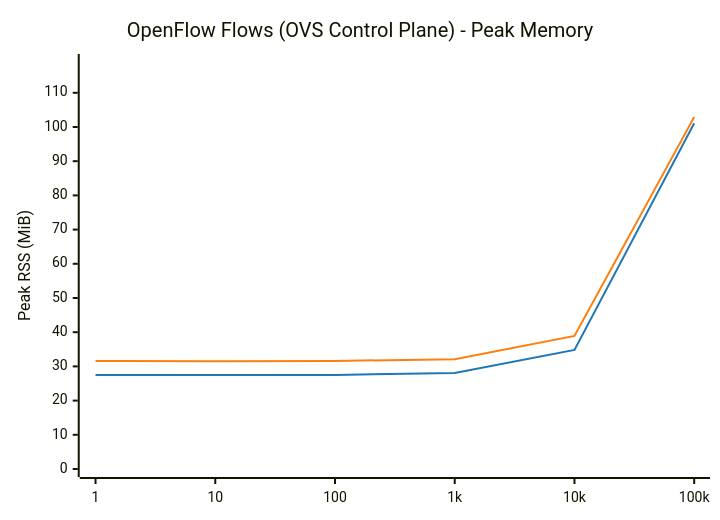
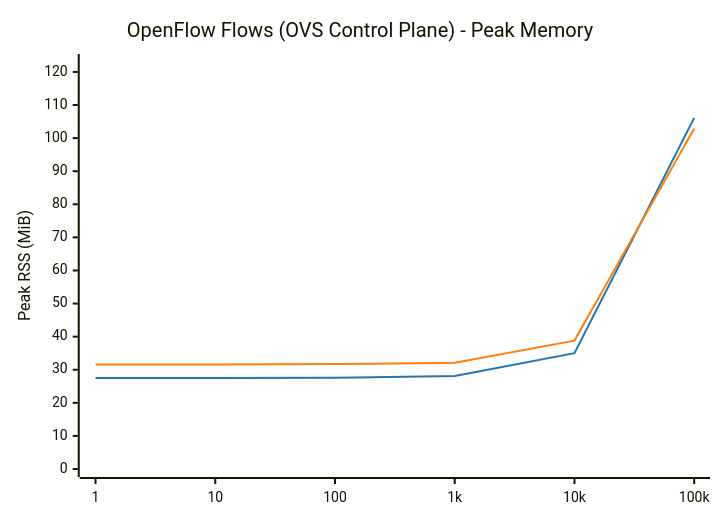
Diagram 12 of 14 in results/BENCHMARK_REPORT.md (LionelJouin/ovs-ovn-bench), drawn with Mermaid before and after one commit. The commit also changed other lines of this file and 4 other files, not shown here.

````diff
--- a/results/BENCHMARK_REPORT.md
+++ b/results/BENCHMARK_REPORT.md
@@ -748,14 +748,14 @@
 ```mermaid
 ---
 config:
     themeVariables:
         xyChart:
             plotColorPalette: "#1f77b4, #ff7f0e"
 ---
 xychart-beta
     title "OpenFlow Flows (OVS Control Plane) - Peak Memory"
     x-axis ["1", "10", "100", "1k", "10k", "100k"]
-    y-axis "Peak RSS (MiB)" 0 --> 119
-    line "glibc malloc" [27.5, 27.5, 27.5, 28.1, 34.8, 101.1]
-    line "jemalloc" [31.6, 31.5, 31.6, 32.1, 38.9, 102.9]
+    y-axis "Peak RSS (MiB)" 0 --> 123
+    line "glibc malloc" [27.5, 27.5, 27.6, 28.1, 35.0, 106.1]
+    line "jemalloc" [31.6, 31.6, 31.7, 32.1, 38.8, 102.9]
 ```
````
